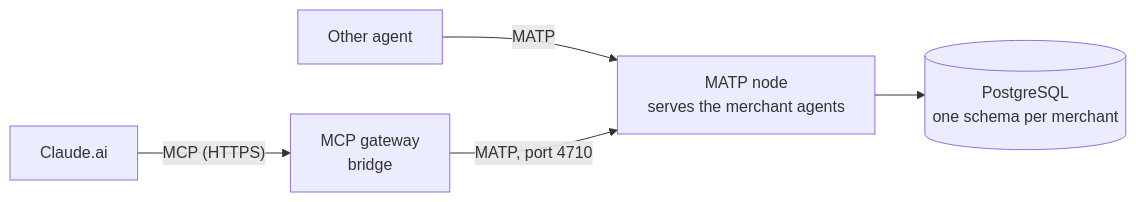
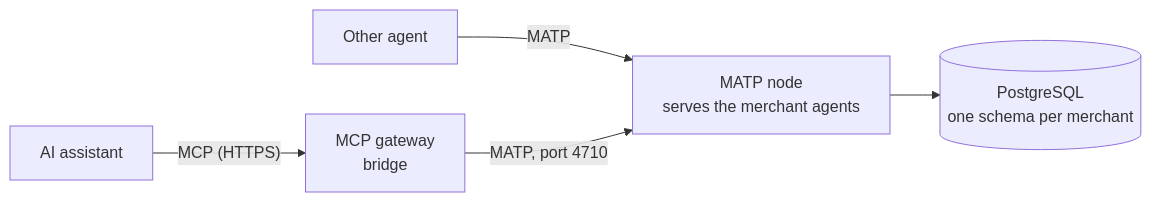
Before and after one commit to MaxEntz/BaselHack2026: the diagram in documentation/PROTOCOL.md, drawn with Mermaid. The commit also changed other lines of this file and 13 other files, not shown here.

First line of the commit message:
docs: say "AI assistant" where it isn't specific to Claude

````diff
--- a/documentation/PROTOCOL.md
+++ b/documentation/PROTOCOL.md
@@ -22,7 +22,7 @@
 ```mermaid
 flowchart LR
-  C["Claude.ai"] -->|"MCP (HTTPS)"| GW["MCP gateway<br/>bridge"]
+  C["AI assistant"] -->|"MCP (HTTPS)"| GW["MCP gateway<br/>bridge"]
   O["Other agent"] -->|"MATP"| N
   GW -->|"MATP, port 4710"| N["MATP node<br/>serves the merchant agents"]
   N --> DB[("PostgreSQL<br/>one schema per merchant")]
 ```
````
